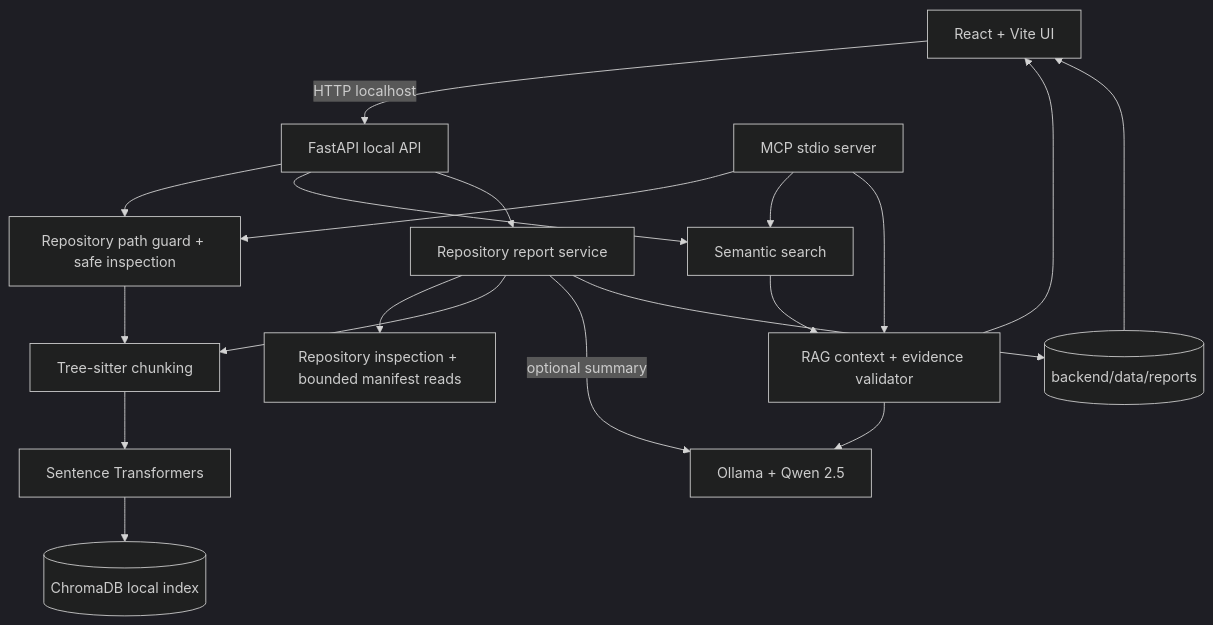
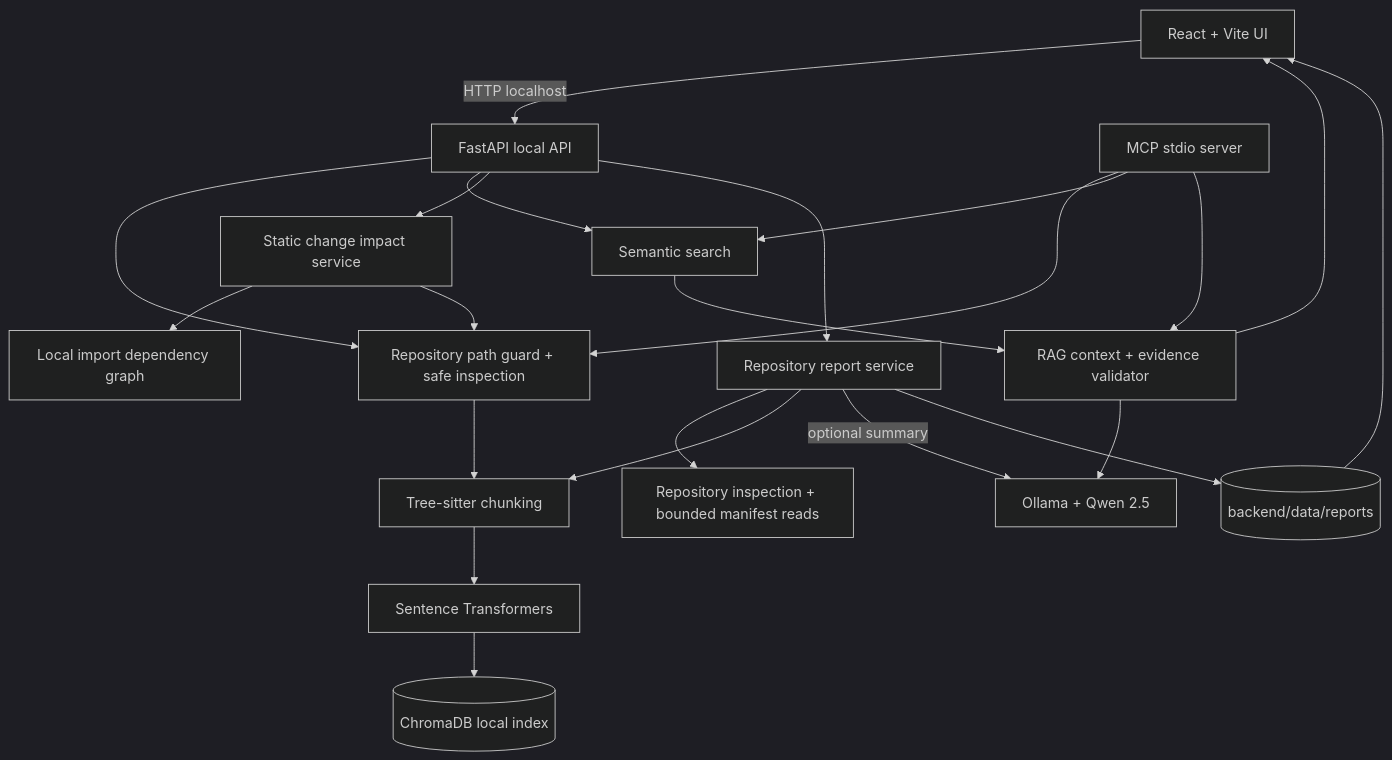
One commit to Rahul0969/Codebase-RAG-Assistant changed the diagram in docs/ARCHITECTURE.md. Above: the diagram before and after it, drawn with Mermaid (dark theme). The commit also changed other lines of this file and 21 other files, not shown here.

````diff
--- a/docs/ARCHITECTURE.md
+++ b/docs/ARCHITECTURE.md
@@ -3,21 +3,24 @@
 ```mermaid
 flowchart TD
     UI[React + Vite UI] -->|HTTP localhost| API[FastAPI local API]
     API --> SAFE[Repository path guard + safe inspection]
     SAFE --> TS[Tree-sitter chunking]
     TS --> EMB[Sentence Transformers]
     EMB --> DB[(ChromaDB local index)]
     API --> SEARCH[Semantic search]
     SEARCH --> RAG[RAG context + evidence validator]
     RAG --> OLLAMA[Ollama + Qwen 2.5]
     RAG --> UI
+    API --> IMPACT[Static change impact service]
+    IMPACT --> GRAPH[Local import dependency graph]
+    IMPACT --> SAFE
     API --> REPORT[Repository report service]
     REPORT --> INSPECT[Repository inspection + bounded manifest reads]
     REPORT --> TS
     REPORT -->|optional summary| OLLAMA
     REPORT --> STORE[(backend/data/reports)]
     STORE --> UI
     MCP[MCP stdio server] --> SAFE
     MCP --> SEARCH
     MCP --> RAG
 ```
````
